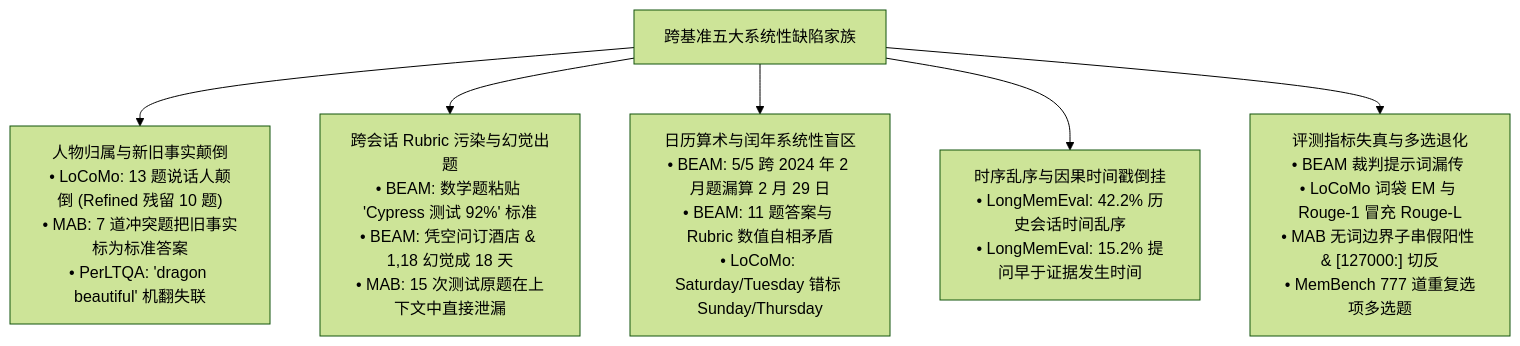
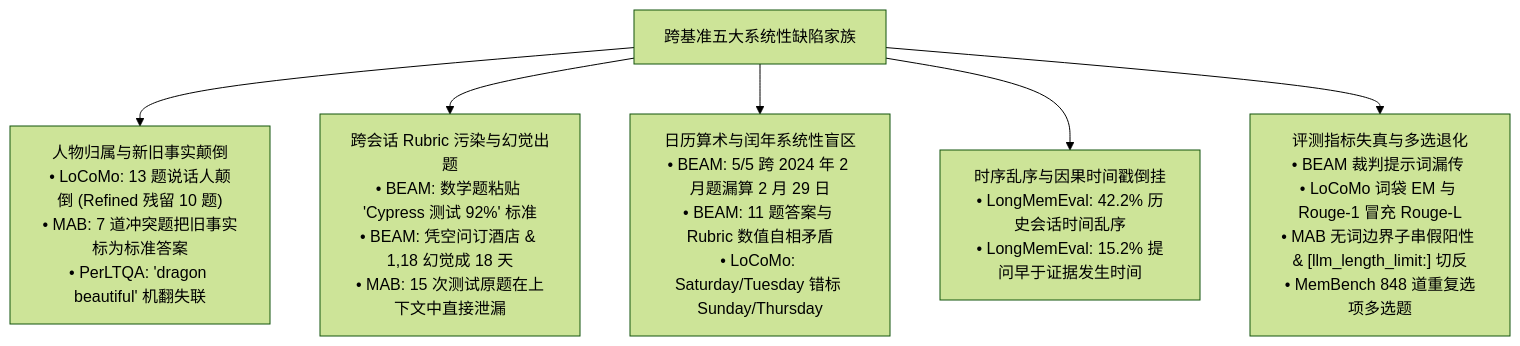
The third of 3 diagrams in README_ZH.md (zxj0302/agent-memory-benchmark-audit), drawn with Mermaid (forest theme) before and after one commit. The commit also changed other lines of this file and 24 other files, not shown here.

Commit message:
Fix final residual bugs in MAB code, MemBench grammar/choices, and PerLTQA missing memories & anchors

````diff
--- a/README_ZH.md
+++ b/README_ZH.md
@@ -123,9 +123,9 @@
 ```mermaid
 flowchart TD
     Tax["跨基准五大系统性缺陷家族"]
     Tax --> F1["人物归属与新旧事实颠倒<br/>• LoCoMo: 13 题说话人颠倒 (Refined 残留 10 题)<br/>• MAB: 7 道冲突题把旧事实标为标准答案<br/>• PerLTQA: 'dragon beautiful' 机翻失联"]
     Tax --> F2["跨会话 Rubric 污染与幻觉出题<br/>• BEAM: 数学题粘贴 'Cypress 测试 92%' 标准<br/>• BEAM: 凭空问订酒店 & 1,18 幻觉成 18 天<br/>• MAB: 15 次测试原题在上下文中直接泄漏"]
     Tax --> F3["日历算术与闰年系统性盲区<br/>• BEAM: 5/5 跨 2024 年 2 月题漏算 2 月 29 日<br/>• BEAM: 11 题答案与 Rubric 数值自相矛盾<br/>• LoCoMo: Saturday/Tuesday 错标 Sunday/Thursday"]
     Tax --> F4["时序乱序与因果时间戳倒挂<br/>• LongMemEval: 42.2% 历史会话时间乱序<br/>• LongMemEval: 15.2% 提问早于证据发生时间"]
-    Tax --> F5["评测指标失真与多选退化<br/>• BEAM 裁判提示词漏传 <question><br/>• LoCoMo 词袋 EM 与 Rouge-1 冒充 Rouge-L<br/>• MAB 无词边界子串假阳性 & [127000:] 切反<br/>• MemBench 777 道重复选项多选题"]
+    Tax --> F5["评测指标失真与多选退化<br/>• BEAM 裁判提示词漏传 <question><br/>• LoCoMo 词袋 EM 与 Rouge-1 冒充 Rouge-L<br/>• MAB 无词边界子串假阳性 & [llm_length_limit:] 切反<br/>• MemBench 848 道重复选项多选题"]
 ```
````
